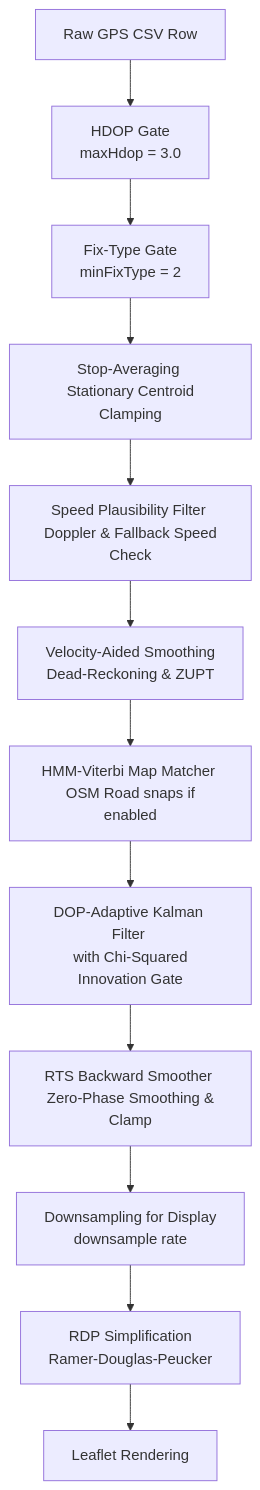
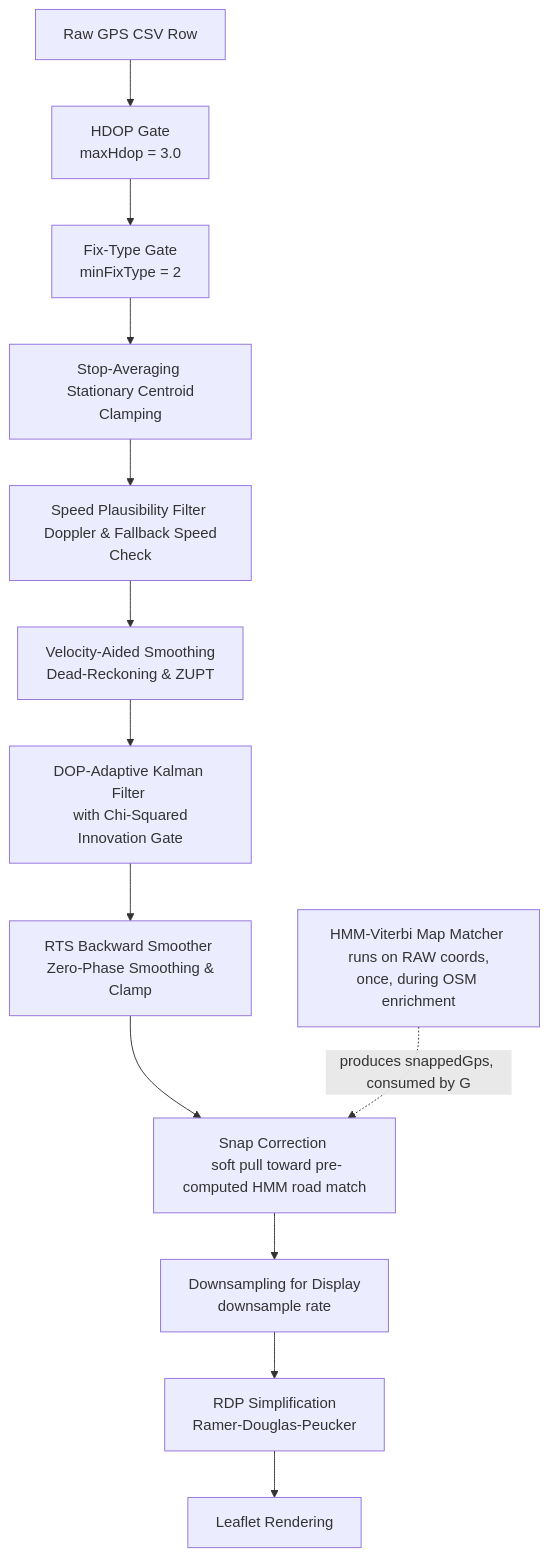
The diagram in docs/gps_filtering_pipeline.md (Softhook/BioMapping), drawn with Mermaid before and after one commit. The commit also changed other lines of this file and 3 other files, not shown here.

````diff
--- a/docs/gps_filtering_pipeline.md
+++ b/docs/gps_filtering_pipeline.md
@@ -20,14 +20,16 @@
 ```mermaid
 graph TD
     A[Raw GPS CSV Row] --> B[HDOP Gate <br/> maxHdop = 3.0]
     B --> C[Fix-Type Gate <br/> minFixType = 2]
     C --> D[Stop-Averaging <br/> Stationary Centroid Clamping]
     D --> E[Speed Plausibility Filter <br/> Doppler & Fallback Speed Check]
     E --> F[Velocity-Aided Smoothing <br/> Dead-Reckoning & ZUPT]
-    F --> G[HMM-Viterbi Map Matcher <br/> OSM Road snaps if enabled]
-    G --> H[DOP-Adaptive Kalman Filter <br/> with Chi-Squared Innovation Gate]
+    F --> H[DOP-Adaptive Kalman Filter <br/> with Chi-Squared Innovation Gate]
     H --> I[RTS Backward Smoother <br/> Zero-Phase Smoothing & Clamp]
-    I --> J[Downsampling for Display <br/> downsample rate]
+    I --> G[Snap Correction <br/> soft pull toward pre-computed HMM road match]
+    G --> J[Downsampling for Display <br/> downsample rate]
     J --> K[RDP Simplification <br/> Ramer-Douglas-Peucker]
     K --> L[Leaflet Rendering]
+
+    M[HMM-Viterbi Map Matcher <br/> runs on RAW coords, once, during OSM enrichment] -.->|produces snappedGps, consumed by G| G
 ```
````
